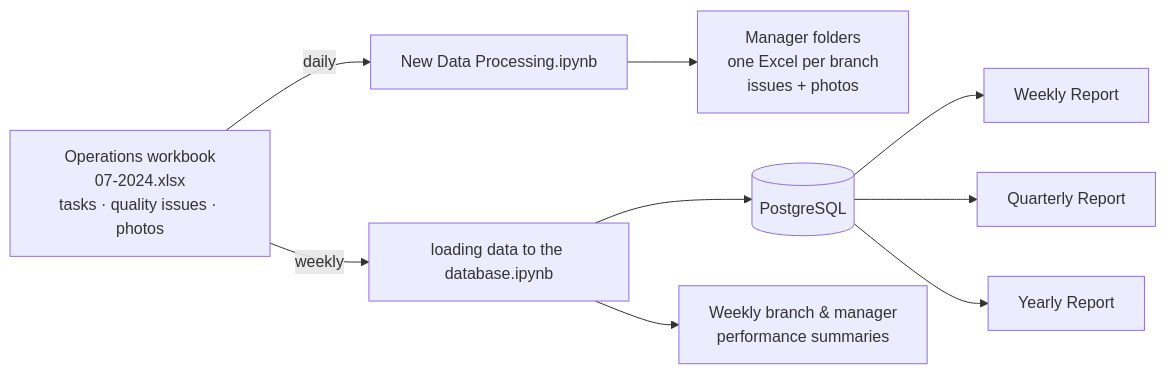
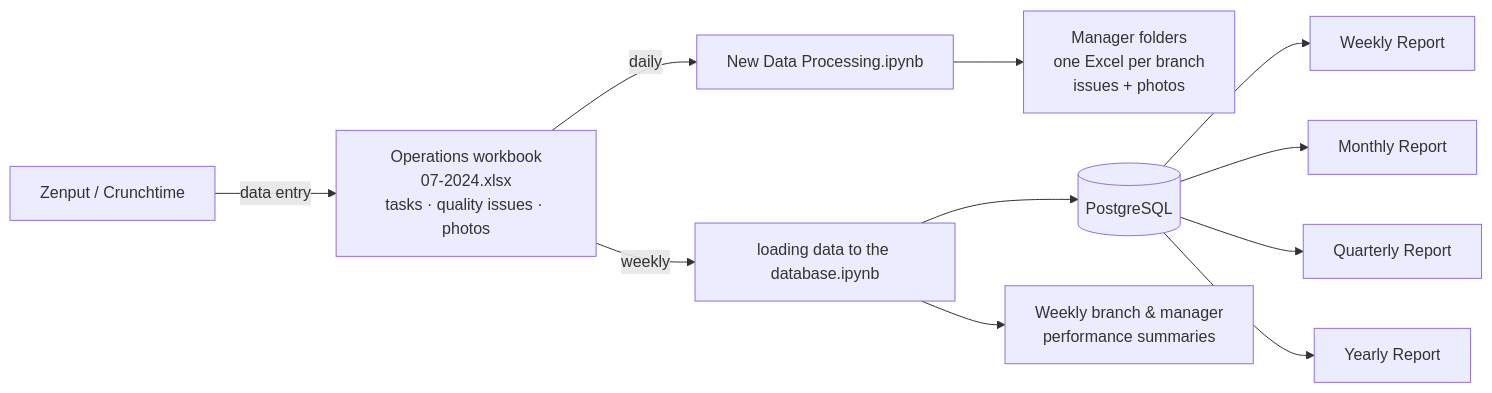
Before and after one commit to alaalmy-ahmed/AOF-Group-Career-Documentation: the diagram in README.md, drawn with Mermaid. The commit also changed other lines of this file and 4 other files, not shown here.

````diff
--- a/README.md
+++ b/README.md
@@ -28,15 +28,17 @@
 ```mermaid
 flowchart LR
+    Z[Zenput / Crunchtime] -->|data entry| X
     X[Operations workbook<br/>07-2024.xlsx<br/>tasks · quality issues · photos]
 
     X -->|daily| D[New Data Processing.ipynb]
     D --> M[Manager folders<br/>one Excel per branch<br/>issues + photos]
 
     X -->|weekly| L[loading data to the database.ipynb]
     L --> DB[(PostgreSQL)]
     L --> S[Weekly branch & manager<br/>performance summaries]
 
     DB --> W[Weekly Report]
+    DB --> MO[Monthly Report]
     DB --> Q[Quarterly Report]
     DB --> Y[Yearly Report]
 ```
````
